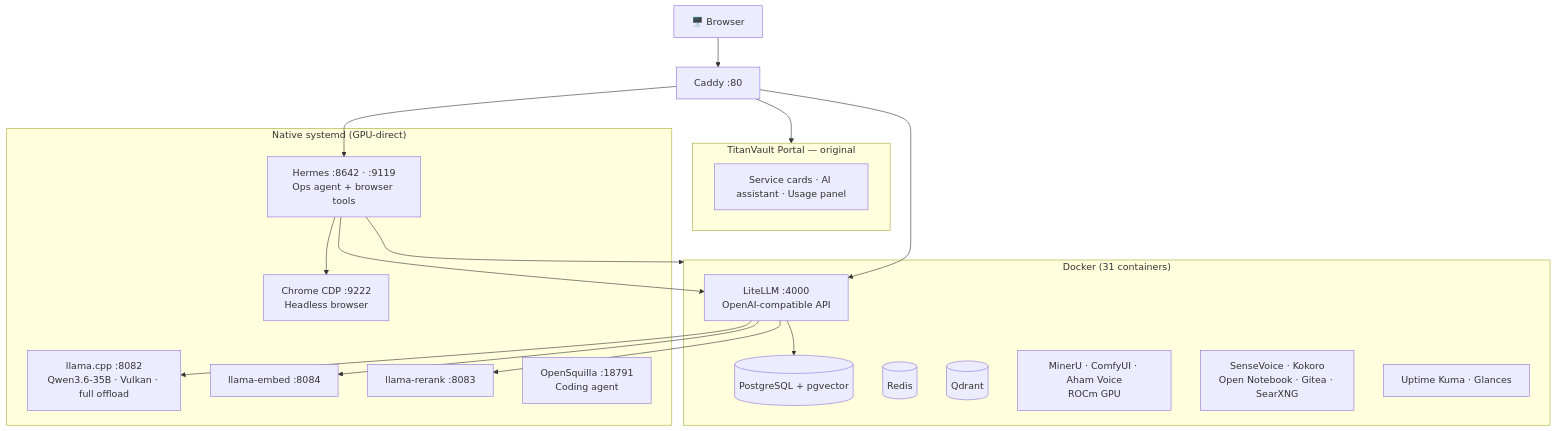
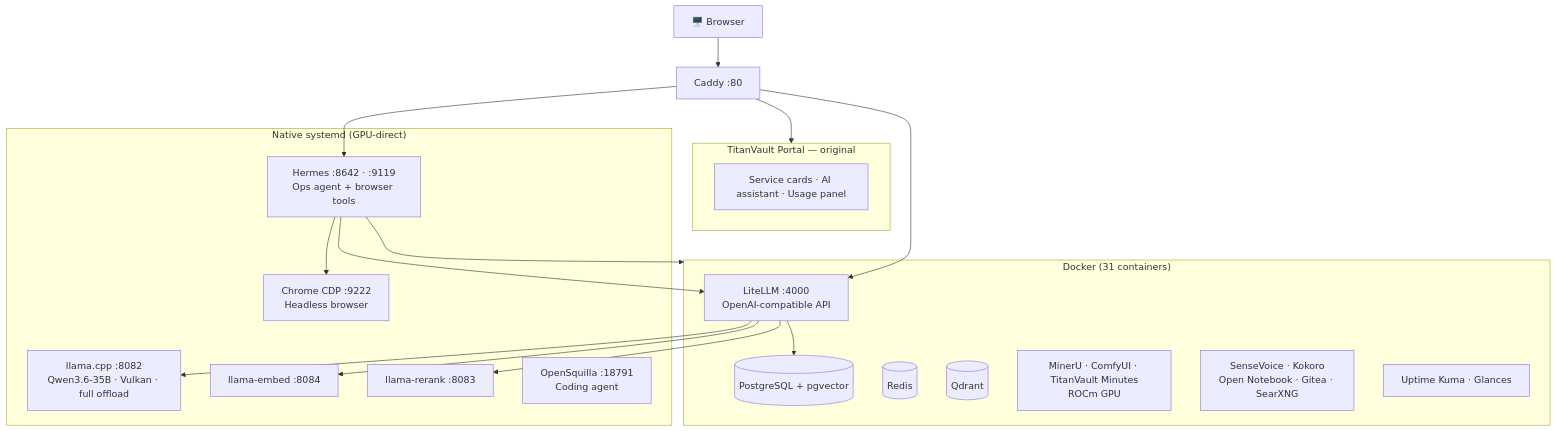
The diagram in README.md (kaka86mm/TitanVault), drawn with Mermaid before and after one commit. The commit also changed other lines of this file, not shown here.

First line of the commit message:
fix: README aham-voice → titanvault-minutes 改名同步

````diff
--- a/README.md
+++ b/README.md
@@ -137,33 +137,33 @@
 ```mermaid
 flowchart TD
     User["🖥️ Browser"] --> Caddy["Caddy :80"]
 
     subgraph Portal["TitanVault Portal — original"]
         Dashboard["Service cards · AI assistant · Usage panel"]
     end
     Caddy --> Portal
 
     subgraph Native["Native systemd (GPU-direct)"]
         LLM["llama.cpp :8082<br/>Qwen3.6-35B · Vulkan · full offload"]
         Embed["llama-embed :8084"]
         Rerank["llama-rerank :8083"]
         Hermes["Hermes :8642 · :9119<br/>Ops agent + browser tools"]
         Squilla["OpenSquilla :18791<br/>Coding agent"]
         Chrome["Chrome CDP :9222<br/>Headless browser"]
     end
 
     subgraph Docker["Docker (31 containers)"]
         LiteLLM["LiteLLM :4000<br/>OpenAI-compatible API"]
         PG[("PostgreSQL + pgvector")]
         Redis[("Redis")]
         Qdrant[("Qdrant")]
-        ROCm["MinerU · ComfyUI · Aham Voice<br/>ROCm GPU"]
+        ROCm["MinerU · ComfyUI · TitanVault Minutes<br/>ROCm GPU"]
         CPU["SenseVoice · Kokoro<br/>Open Notebook · Gitea · SearXNG"]
         Obs["Uptime Kuma · Glances"]
     end
 
     Caddy --> LiteLLM & Hermes
     LiteLLM --> LLM & Embed & Rerank
     Hermes --> Chrome & LiteLLM & Docker
     LiteLLM --> PG
 ```
````
